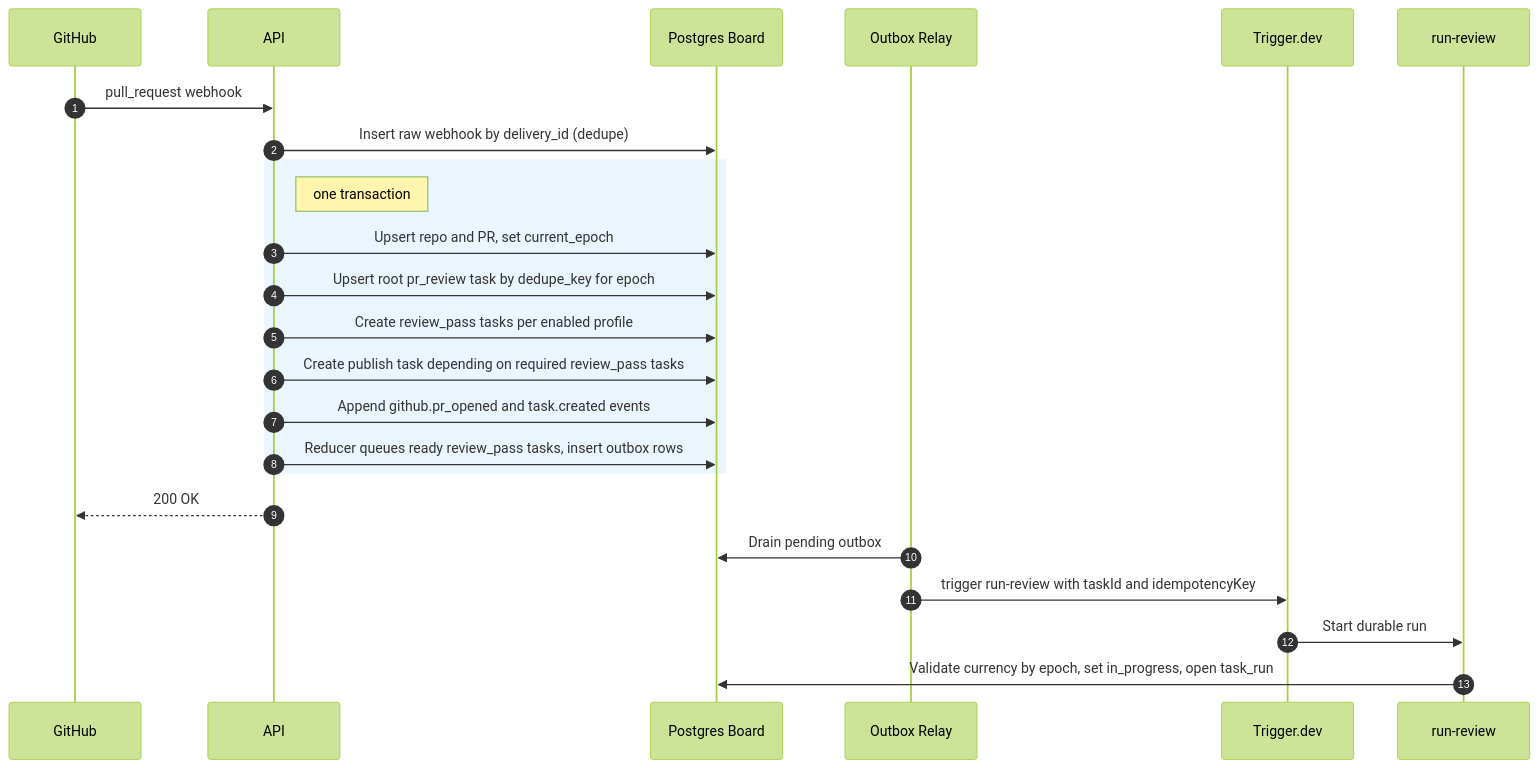
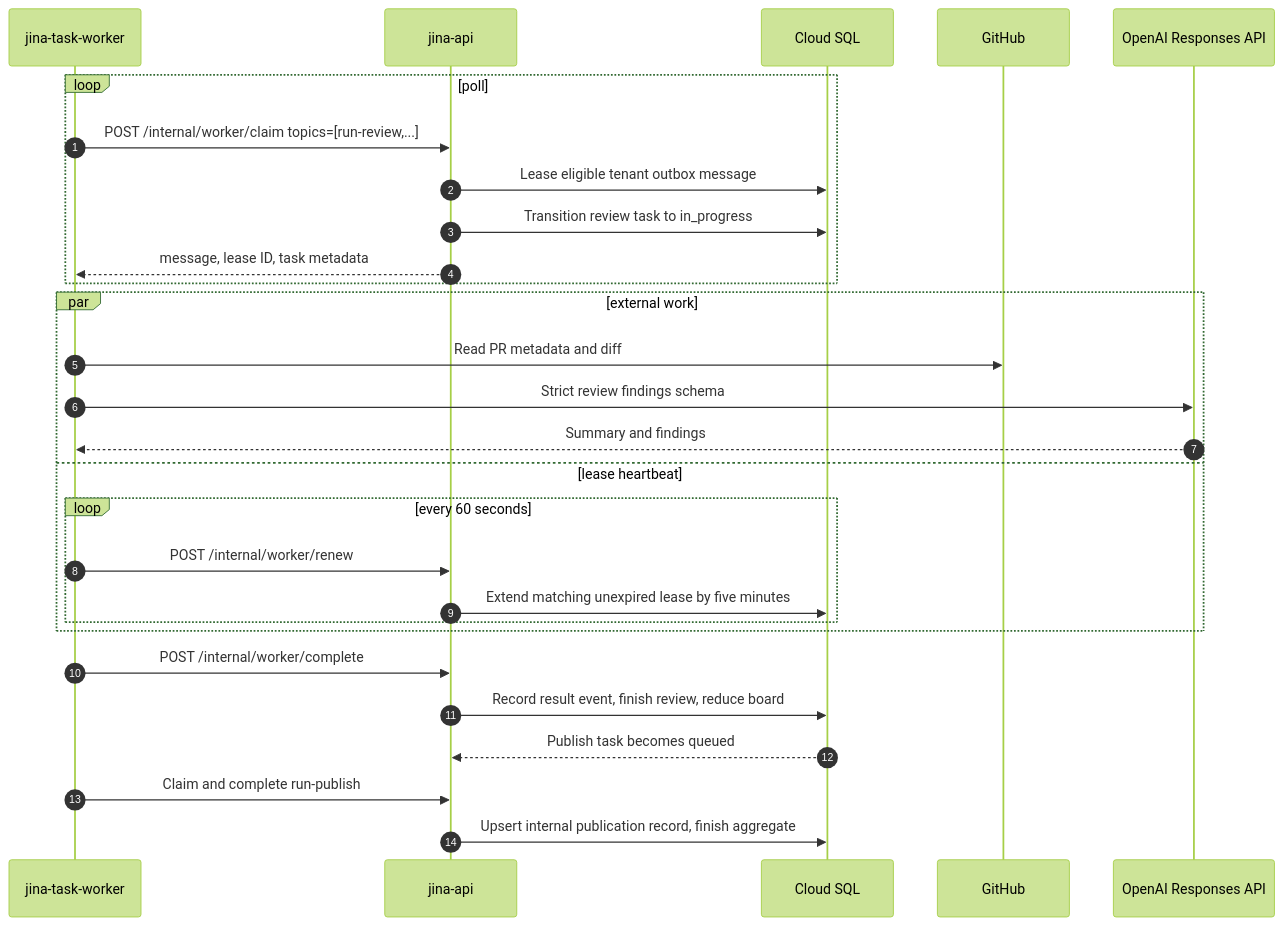
Before and after one commit to keon/jina-context-wiki-e2e-20260808: the second of 5 diagrams in docs/SEQUENCE_DIAGRAM.md, drawn with Mermaid (forest theme). The commit also changed other lines of this file and 7 other files, not shown here.

Commit message:
Align documentation with deployed architecture

````diff
--- a/docs/SEQUENCE_DIAGRAM.md
+++ b/docs/SEQUENCE_DIAGRAM.md
@@ -50,26 +36,31 @@
 ```mermaid
 sequenceDiagram
     autonumber
+    participant Worker as jina-task-worker
+    participant API as jina-api
+    participant DB as Cloud SQL
     participant GitHub
-    participant API
-    participant Board as Postgres Board
-    participant Relay as Outbox Relay
-    participant Trigger as Trigger.dev
-    participant Run as run-review
-    GitHub->>API: pull_request webhook
-    API->>Board: Insert raw webhook by delivery_id (dedupe)
-    rect rgb(235,245,255)
-    note right of API: one transaction
-    API->>Board: Upsert repo and PR, set current_epoch
-    API->>Board: Upsert root pr_review task by dedupe_key for epoch
-    API->>Board: Create review_pass tasks per enabled profile
-    API->>Board: Create publish task depending on required review_pass tasks
-    API->>Board: Append github.pr_opened and task.created events
-    API->>Board: Reducer queues ready review_pass tasks, insert outbox rows
+    participant OpenAI as OpenAI Responses API
+
+    loop poll
+        Worker->>API: POST /internal/worker/claim topics=[run-review,...]
+        API->>DB: Lease eligible tenant outbox message
+        API->>DB: Transition review task to in_progress
+        API-->>Worker: message, lease ID, task metadata
     end
-    API-->>GitHub: 200 OK
-    Relay->>Board: Drain pending outbox
-    Relay->>Trigger: trigger run-review with taskId and idempotencyKey
-    Trigger->>Run: Start durable run
-    Run->>Board: Validate currency by epoch, set in_progress, open task_run
+    par external work
+        Worker->>GitHub: Read PR metadata and diff
+        Worker->>OpenAI: Strict review findings schema
+        OpenAI-->>Worker: Summary and findings
+    and lease heartbeat
+        loop every 60 seconds
+            Worker->>API: POST /internal/worker/renew
+            API->>DB: Extend matching unexpired lease by five minutes
+        end
+    end
+    Worker->>API: POST /internal/worker/complete
+    API->>DB: Record result event, finish review, reduce board
+    DB-->>API: Publish task becomes queued
+    Worker->>API: Claim and complete run-publish
+    API->>DB: Upsert internal publication record, finish aggregate
 ```
````
